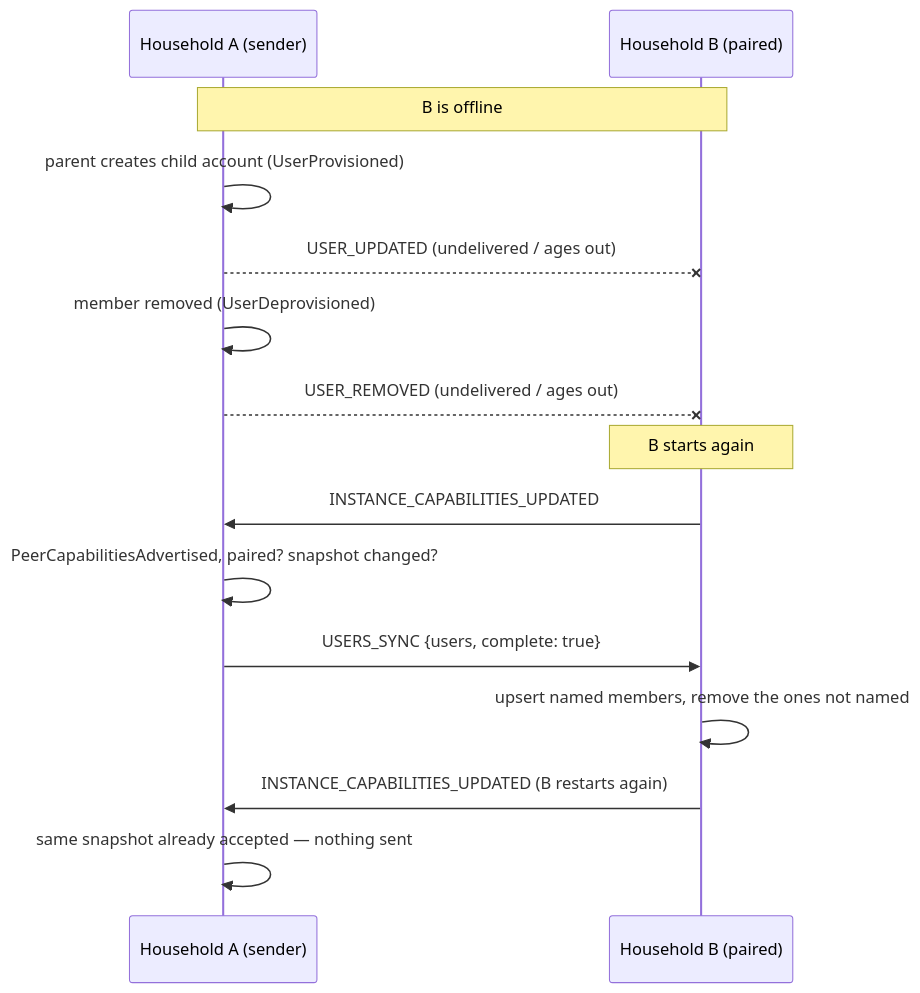
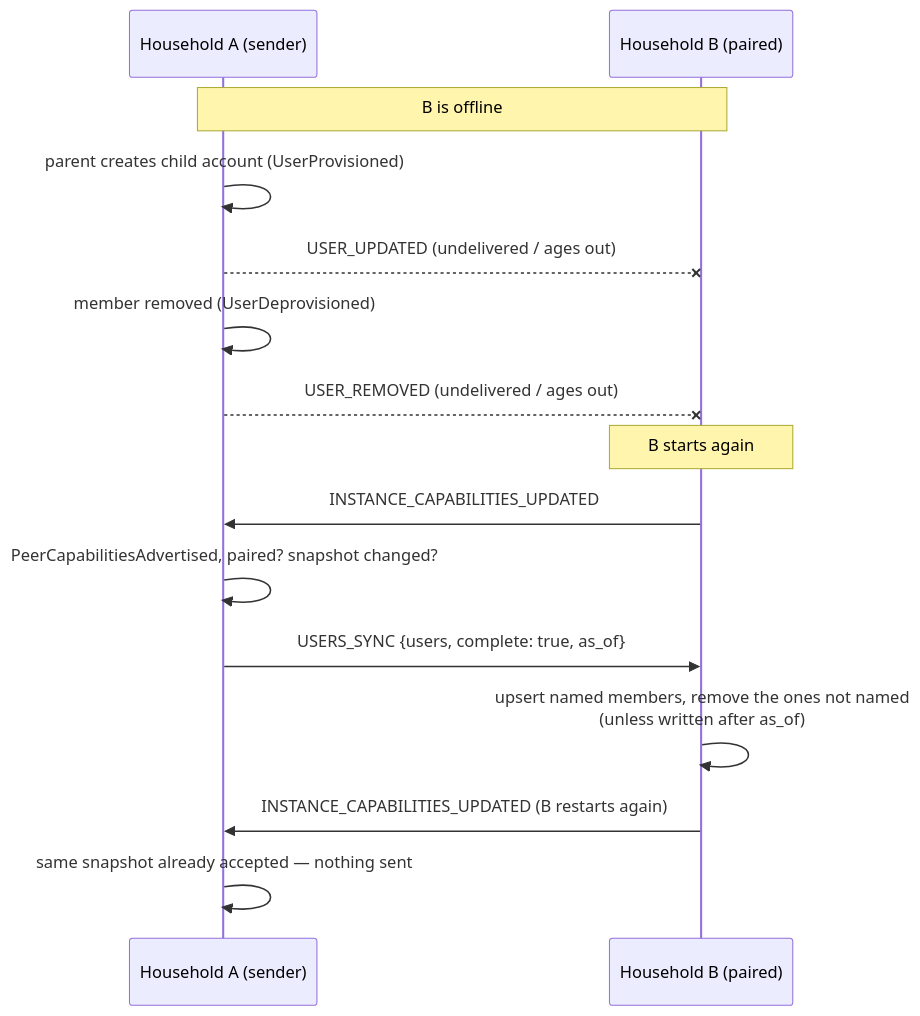
The sixth of 9 diagrams in docs/protocol/pairing.md (social-home-io/socialhome), drawn with Mermaid before and after one commit. The commit also changed other lines of this file and 7 other files, not shown here.

````diff
--- a/docs/protocol/pairing.md
+++ b/docs/protocol/pairing.md
@@ -771,17 +788,17 @@
 ```mermaid
 sequenceDiagram
     participant A as Household A (sender)
     participant B as Household B (paired)
     Note over A,B: B is offline
     A->>A: parent creates child account (UserProvisioned)
     A--xB: USER_UPDATED (undelivered / ages out)
     A->>A: member removed (UserDeprovisioned)
     A--xB: USER_REMOVED (undelivered / ages out)
     Note over B: B starts again
     B->>A: INSTANCE_CAPABILITIES_UPDATED
     A->>A: PeerCapabilitiesAdvertised, paired? snapshot changed?
-    A->>B: USERS_SYNC {users, complete: true}
-    B->>B: upsert named members, remove the ones not named
+    A->>B: USERS_SYNC {users, complete: true, as_of}
+    B->>B: upsert named members, remove the ones not named<br/>(unless written after as_of)
     B->>A: INSTANCE_CAPABILITIES_UPDATED (B restarts again)
     A->>A: same snapshot already accepted — nothing sent
 ```
````
